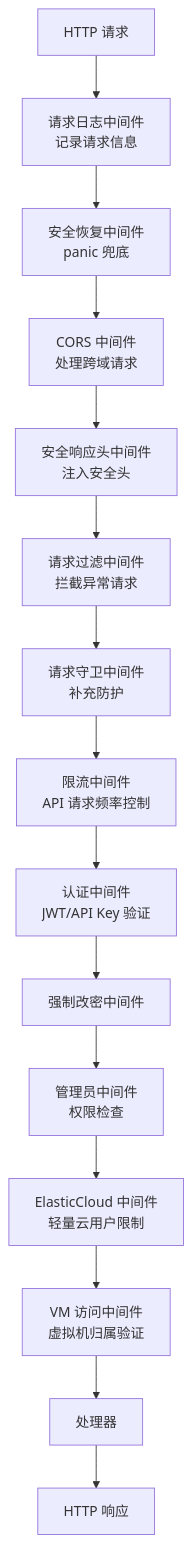
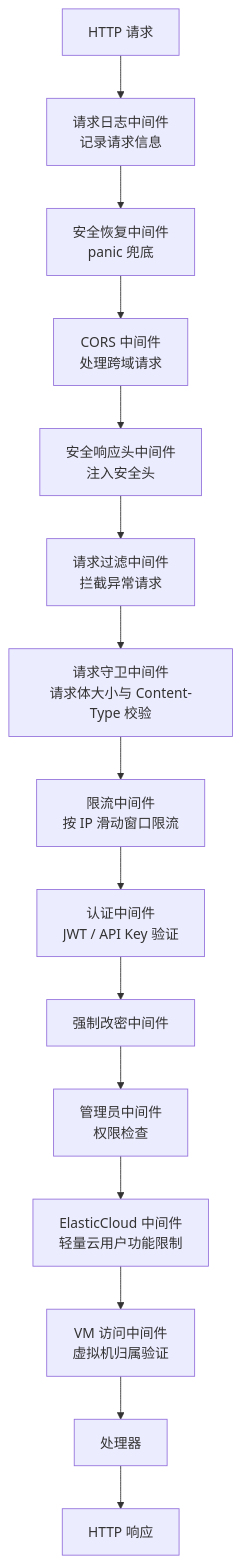
Before and after one commit to QVMConsole/docs: the fourth of 18 diagrams in docs/feature-analysis/qvmconsole-architecture.mdx, drawn with Mermaid. The commit also changed other lines of this file and 37 other files, not shown here.

````diff
--- a/docs/feature-analysis/qvmconsole-architecture.mdx
+++ b/docs/feature-analysis/qvmconsole-architecture.mdx
@@ -226,17 +248,17 @@
 ```mermaid
 flowchart TD
     Request[HTTP 请求] --> ReqLog[请求日志中间件<br/>记录请求信息]
     ReqLog --> Recover[安全恢复中间件<br/>panic 兜底]
     Recover --> CORS[CORS 中间件<br/>处理跨域请求]
     CORS --> SecHdr[安全响应头中间件<br/>注入安全头]
     SecHdr --> ReqFilter[请求过滤中间件<br/>拦截异常请求]
-    ReqFilter --> ReqGuard[请求守卫中间件<br/>补充防护]
-    ReqGuard --> RateLimit[限流中间件<br/>API 请求频率控制]
-    RateLimit --> Auth[认证中间件<br/>JWT/API Key 验证]
+    ReqFilter --> ReqGuard[请求守卫中间件<br/>请求体大小与 Content-Type 校验]
+    ReqGuard --> RateLimit[限流中间件<br/>按 IP 滑动窗口限流]
+    RateLimit --> Auth[认证中间件<br/>JWT / API Key 验证]
     Auth --> PwdChange[强制改密中间件]
     PwdChange --> Admin[管理员中间件<br/>权限检查]
-    Admin --> Elastic[ElasticCloud 中间件<br/>轻量云用户限制]
+    Admin --> Elastic[ElasticCloud 中间件<br/>轻量云用户功能限制]
     Elastic --> VMAccess[VM 访问中间件<br/>虚拟机归属验证]
     VMAccess --> Handler[处理器]
     Handler --> Response[HTTP 响应]
 ```
````
